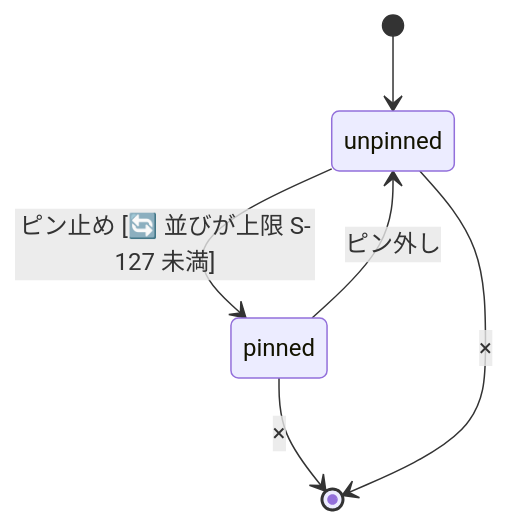
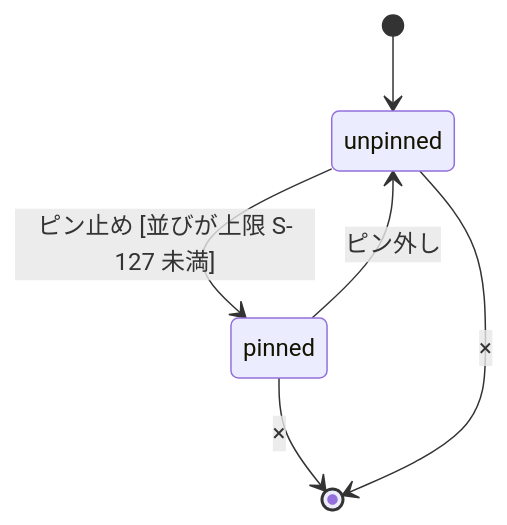
The third of 3 diagrams in studies/76-grs-json-beta-shape/terms/goodrelax-qa-b3t-task-group-tree.md (GoodRelax/gr-scheduler), drawn with Mermaid before and after one commit. The commit also changed other lines of this file and 3 other files, not shown here.

````diff
--- a/studies/76-grs-json-beta-shape/terms/goodrelax-qa-b3t-task-group-tree.md
+++ b/studies/76-grs-json-beta-shape/terms/goodrelax-qa-b3t-task-group-tree.md
@@ -195,8 +315,8 @@
 ```mermaid
 stateDiagram-v2
     [*] --> unpinned
-    unpinned --> pinned : ピン止め [🔄 並びが上限 S-127 未満]
+    unpinned --> pinned : ピン止め [並びが上限 S-127 未満]
     pinned --> unpinned : ピン外し
     pinned --> [*] : ×
     unpinned --> [*] : ×
 ```
````
